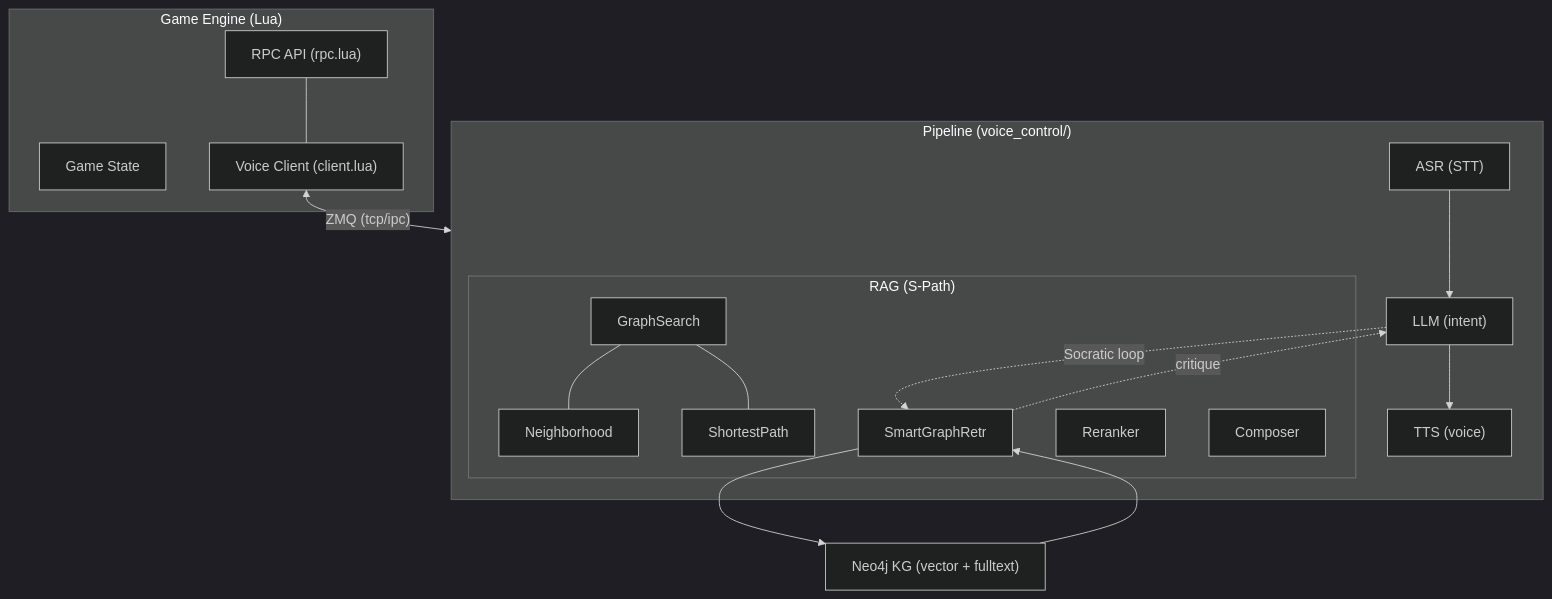
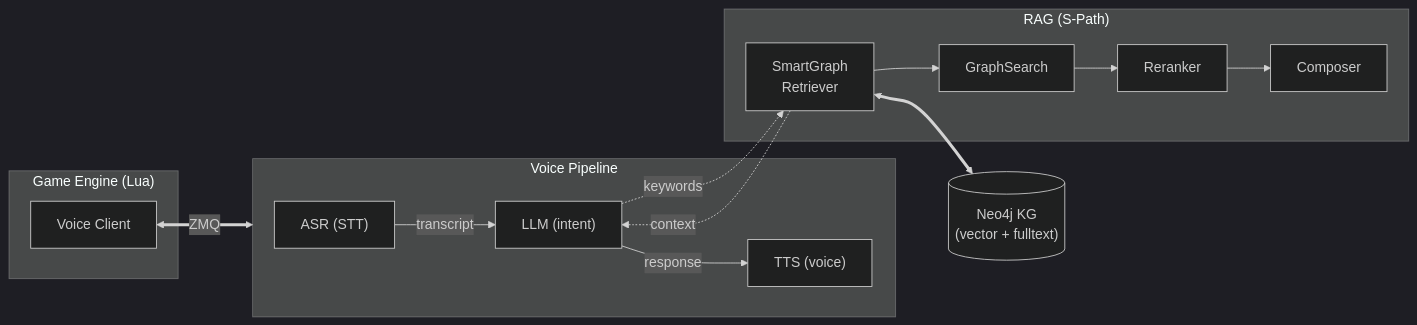
One commit to shervinemp/GameASR changed the diagram in README.md. Above: the diagram before and after it, drawn with Mermaid (dark theme).

Commit message:
Polish Mermaid architecture diagram: LR layout, arrows with labels, database shape

````diff
--- a/README.md
+++ b/README.md
@@ -7,32 +7,24 @@
 ```mermaid
-flowchart TB
-    subgraph GameEngine["Game Engine (Lua)"]
-        RPC["RPC API (rpc.lua)"]
-        GameState["Game State"]
-        VC["Voice Client (client.lua)"]
+flowchart LR
+    subgraph Game["Game Engine (Lua)"]
+        Client["Voice Client"]
     end
 
-    subgraph Pipeline["Pipeline (voice_control/)"]
-        ASR["ASR (STT)"] --> LLM["LLM (intent)"]
-        LLM --> TTS["TTS (voice)"]
-
-        subgraph RAG["RAG (S-Path)"]
-            GS["GraphSearch"]
-            GS --- NBR["Neighborhood"]
-            GS --- SPath["ShortestPath"]
-            SGR["SmartGraphRetr"]
-            RR["Reranker"]
-            CP["Composer"]
-        end
-
-        LLM -.->|Socratic loop| SGR
-        SGR -.->|critique| LLM
+    subgraph Pipeline["Voice Pipeline"]
+        ASR["ASR (STT)"] -->|transcript| LLM["LLM (intent)"]
+        LLM -->|response| TTS["TTS (voice)"]
     end
 
-    KG["Neo4j KG (vector + fulltext)"]
+    subgraph RAG["RAG (S-Path)"]
+        SGR["SmartGraph<br/>Retriever"] --> GS["GraphSearch"]
+        GS --> RR["Reranker"]
+        RR --> CP["Composer"]
+    end
 
-    RPC --- VC
-    VC <-- "ZMQ (tcp/ipc)" --> Pipeline
-    SGR --> KG
-    KG --> SGR
+    KG[("Neo4j KG<br/>(vector + fulltext)")]
+
+    Client <==>|ZMQ| Pipeline
+    LLM -.->|keywords| SGR
+    SGR -.->|context| LLM
+    SGR <==> KG
 ```
````
